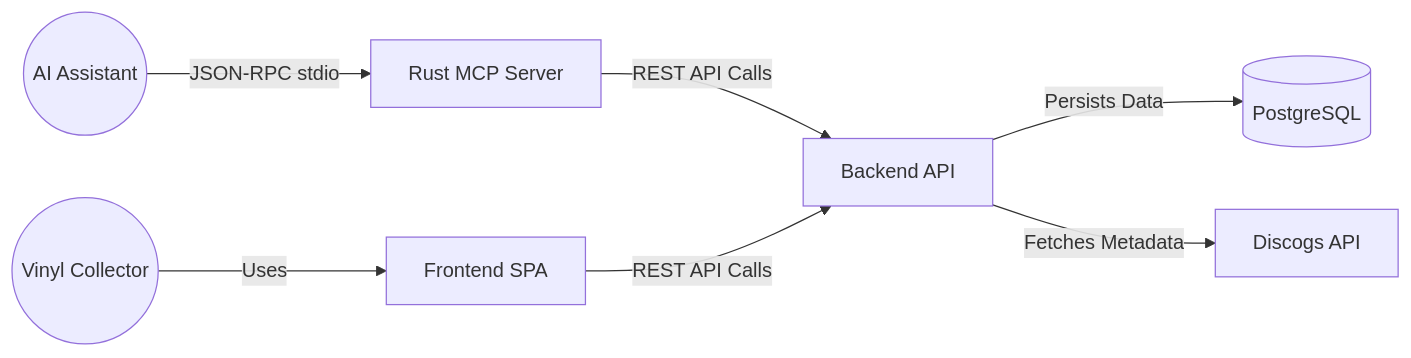
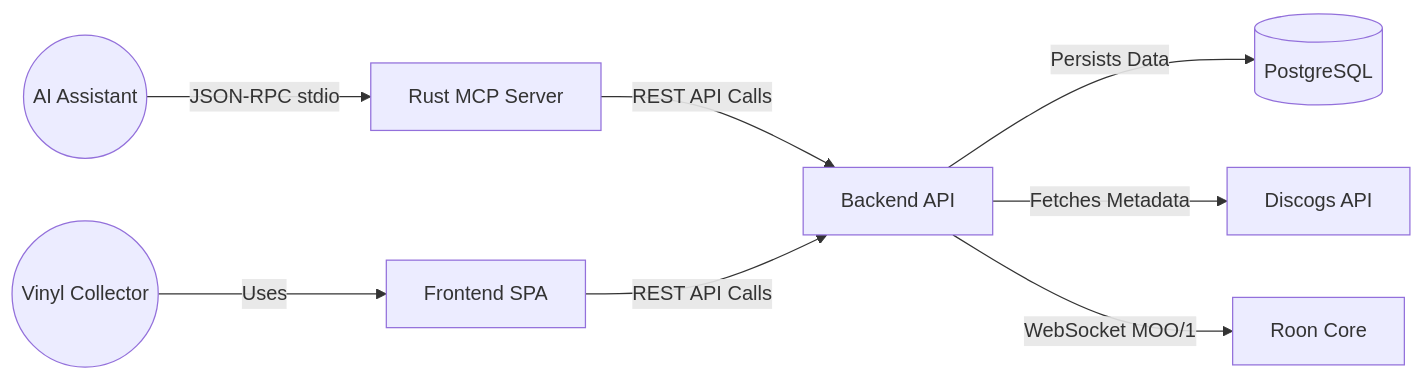
Before and after one commit to gerontosepp/vinyl-tracker: the diagram in docs/arc42.md, drawn with Mermaid. The commit also changed other lines of this file and 32 other files, not shown here.

````diff
--- a/docs/arc42.md
+++ b/docs/arc42.md
@@ -54,9 +55,10 @@
 ```mermaid
 graph LR
     User((Vinyl Collector)) -->|Uses| Frontend[Frontend SPA]
     AIAssistant((AI Assistant)) -->|JSON-RPC stdio| MCPServer[Rust MCP Server]
     MCPServer -->|REST API Calls| Backend[Backend API]
     Frontend -->|REST API Calls| Backend
     Backend -->|Persists Data| DB[(PostgreSQL)]
     Backend -->|Fetches Metadata| Discogs[Discogs API]
+    Backend -->|WebSocket MOO/1| RoonCore[Roon Core]
 ```
````
